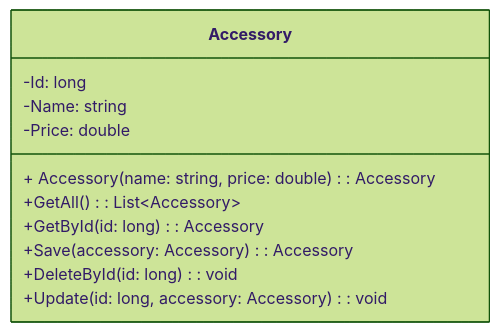
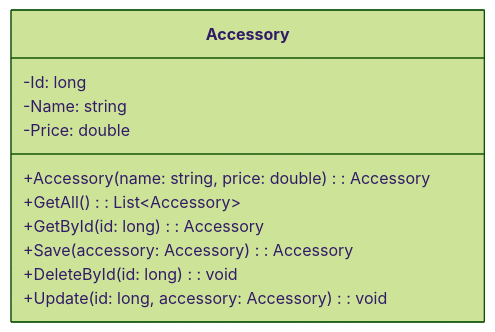
Before and after one commit to AndreLucas0/diagrama-de-classes-projeto-integrador: diagram 16 of 17 in Classes.md, drawn with Mermaid (forest theme). The commit also changed other lines of this file, not shown here.

Commit message:
diagrama finalizado

````diff
--- a/Classes.md
+++ b/Classes.md
@@ -249,14 +249,14 @@
 ```mermaid
 classDiagram
     class Accessory {
         -Id: long
         -Name: string
         -Price: double
-        + Accessory (name: string, price: double): Accessory
+        +Accessory (name: string, price: double): Accessory
         +GetAll (): List&lt;Accessory&gt;
         +GetById (id: long): Accessory
         +Save (accessory: Accessory): Accessory
         +DeleteById (id: long): void
         +Update (id: long, accessory: Accessory): void
     }
 ```
````
